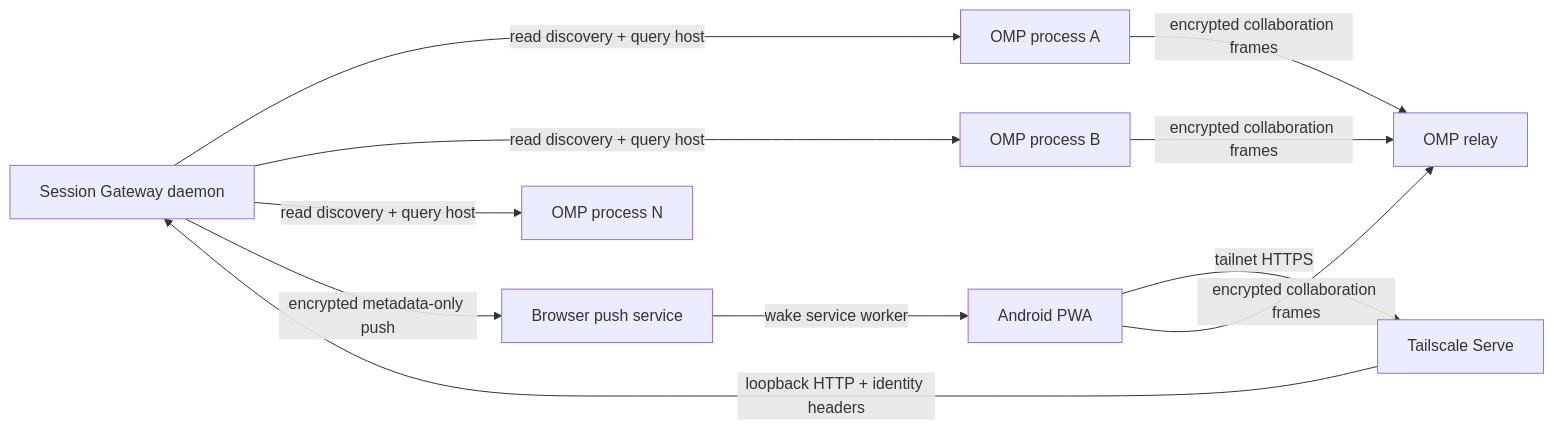
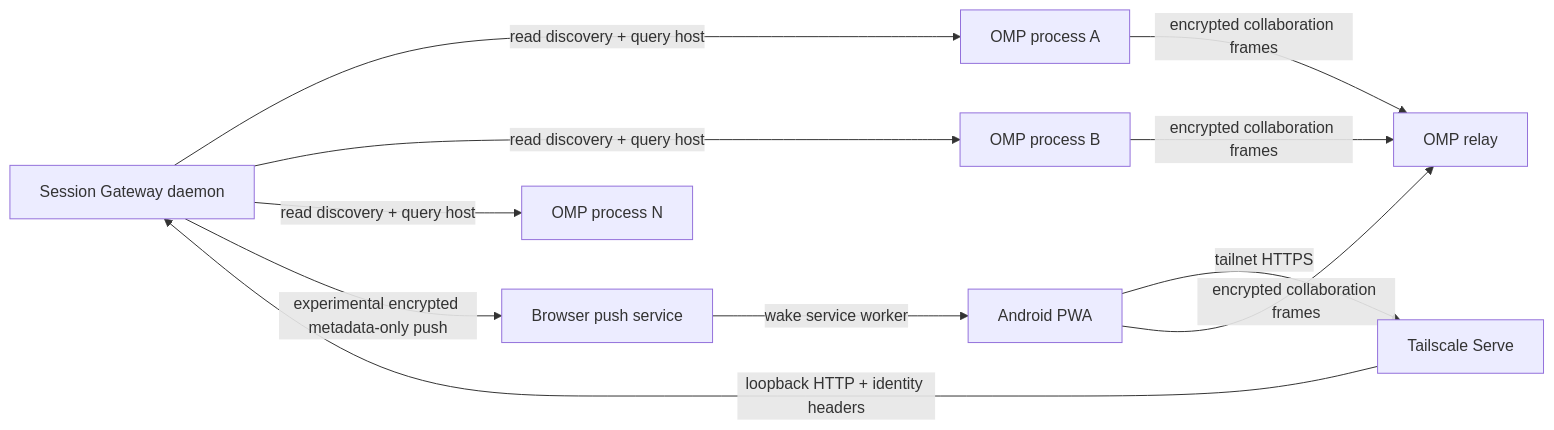
One commit to alphastorm/omp-session-gateway changed the diagram in README.md. Above: the diagram before and after it, drawn with Mermaid. The commit also changed other lines of this file and 37 other files, not shown here.

````diff
--- a/README.md
+++ b/README.md
@@ -286,15 +305,15 @@
 ```mermaid
 flowchart LR
     GATEWAY[Session Gateway daemon] -->|read discovery + query host| OMP1[OMP process A]
     GATEWAY -->|read discovery + query host| OMP2[OMP process B]
     GATEWAY -->|read discovery + query host| OMPN[OMP process N]
 
     PHONE[Android PWA] -->|tailnet HTTPS| SERVE[Tailscale Serve]
     SERVE -->|loopback HTTP + identity headers| GATEWAY
 
     PHONE -->|encrypted collaboration frames| RELAY[OMP relay]
     OMP1 -->|encrypted collaboration frames| RELAY
     OMP2 -->|encrypted collaboration frames| RELAY
-    GATEWAY -->|encrypted metadata-only push| PUSH[Browser push service]
+    GATEWAY -->|experimental encrypted metadata-only push| PUSH[Browser push service]
     PUSH -->|wake service worker| PHONE
 ```
````
